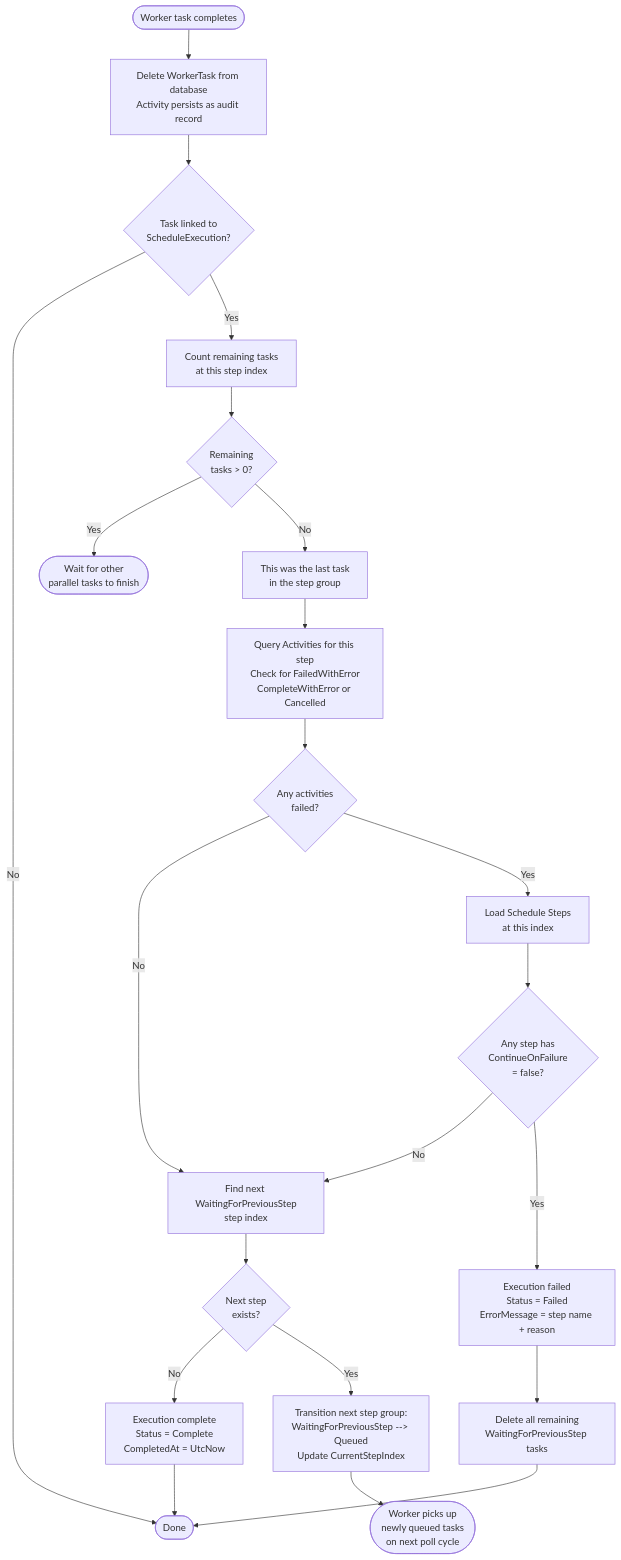
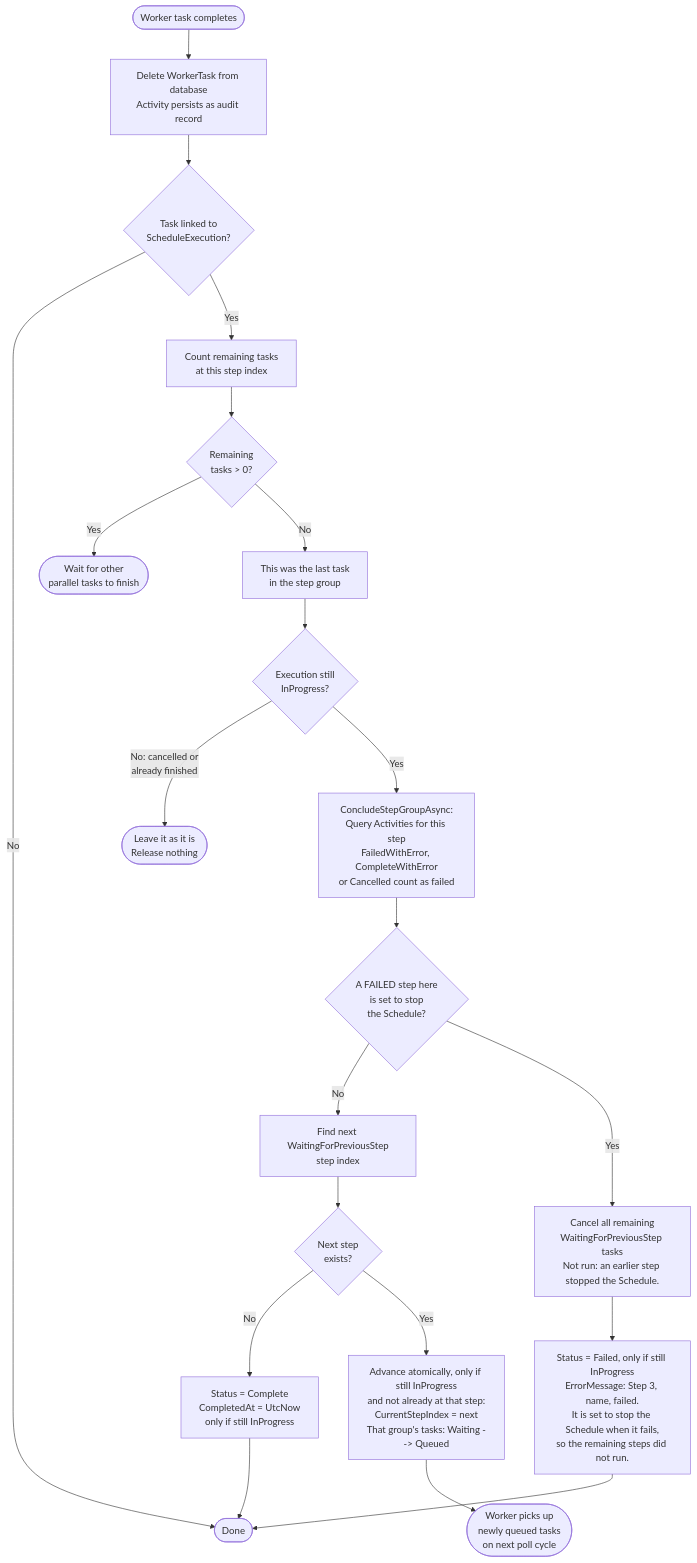
Before and after one commit to TetronIO/JIM: the fourth of 7 diagrams in docs/developer/diagrams/SCHEDULE_EXECUTION_LIFECYCLE.md, drawn with Mermaid. The commit also changed other lines of this file and 2 other files, not shown here.

First line of the commit message:
docs: describe safe Schedule starts and the Continue On Failure rules (#1768)

````diff
--- a/docs/developer/diagrams/SCHEDULE_EXECUTION_LIFECYCLE.md
+++ b/docs/developer/diagrams/SCHEDULE_EXECUTION_LIFECYCLE.md
@@ -116,32 +131,31 @@
 ```mermaid
 flowchart TD
     TaskDone([Worker task completes]) --> DeleteTask[Delete WorkerTask from database<br/>Activity persists as audit record]
     DeleteTask --> IsScheduled{Task linked to<br/>ScheduleExecution?}
     IsScheduled -->|No| Done([Done])
     IsScheduled -->|Yes| CheckRemaining[Count remaining tasks<br/>at this step index]
 
     CheckRemaining --> StillActive{Remaining<br/>tasks > 0?}
     StillActive -->|Yes| Wait([Wait for other<br/>parallel tasks to finish])
 
     StillActive -->|No| LastTask[This was the last task<br/>in the step group]
-    LastTask --> CheckFailures[Query Activities for this step<br/>Check for FailedWithError<br/>CompleteWithError or Cancelled]
+    LastTask --> IsInProgress{Execution still<br/>InProgress?}
+    IsInProgress -->|No: cancelled or<br/>already finished| Leave([Leave it as it is<br/>Release nothing])
+    IsInProgress -->|Yes| CheckFailures[ConcludeStepGroupAsync:<br/>Query Activities for this step<br/>FailedWithError, CompleteWithError<br/>or Cancelled count as failed]
 
-    CheckFailures --> AnyFailed{Any activities<br/>failed?}
+    CheckFailures --> AnyStop{A FAILED step here<br/>is set to stop<br/>the Schedule?}
 
     %% --- Happy path ---
-    AnyFailed -->|No| FindNext[Find next WaitingForPreviousStep<br/>step index]
+    AnyStop -->|No| FindNext[Find next WaitingForPreviousStep<br/>step index]
     FindNext --> HasNext{Next step<br/>exists?}
-    HasNext -->|No| ExecComplete[Execution complete<br/>Status = Complete<br/>CompletedAt = UtcNow]
+    HasNext -->|No| ExecComplete[Status = Complete<br/>CompletedAt = UtcNow<br/>only if still InProgress]
     ExecComplete --> Done
 
-    HasNext -->|Yes| Advance[Transition next step group:<br/>WaitingForPreviousStep --> Queued<br/>Update CurrentStepIndex]
+    HasNext -->|Yes| Advance[Advance atomically, only if still InProgress<br/>and not already at that step:<br/>CurrentStepIndex = next<br/>That group's tasks: Waiting --> Queued]
     Advance --> WorkerPicksUp([Worker picks up<br/>newly queued tasks<br/>on next poll cycle])
 
     %% --- Failure path ---
-    AnyFailed -->|Yes| LoadSteps[Load Schedule Steps<br/>at this index]
-    LoadSteps --> CheckContinue{Any step has<br/>ContinueOnFailure<br/>= false?}
-    CheckContinue -->|No| FindNext
-    CheckContinue -->|Yes| FailExec[Execution failed<br/>Status = Failed<br/>ErrorMessage = step name + reason]
-    FailExec --> Cleanup[Delete all remaining<br/>WaitingForPreviousStep tasks]
-    Cleanup --> Done
+    AnyStop -->|Yes| Cleanup[Cancel all remaining<br/>WaitingForPreviousStep tasks<br/>Not run: an earlier step stopped the Schedule.]
+    Cleanup --> FailExec[Status = Failed, only if still InProgress<br/>ErrorMessage: Step 3, name, failed.<br/>It is set to stop the Schedule when it fails,<br/>so the remaining steps did not run.]
+    FailExec --> Done
 ```
````
